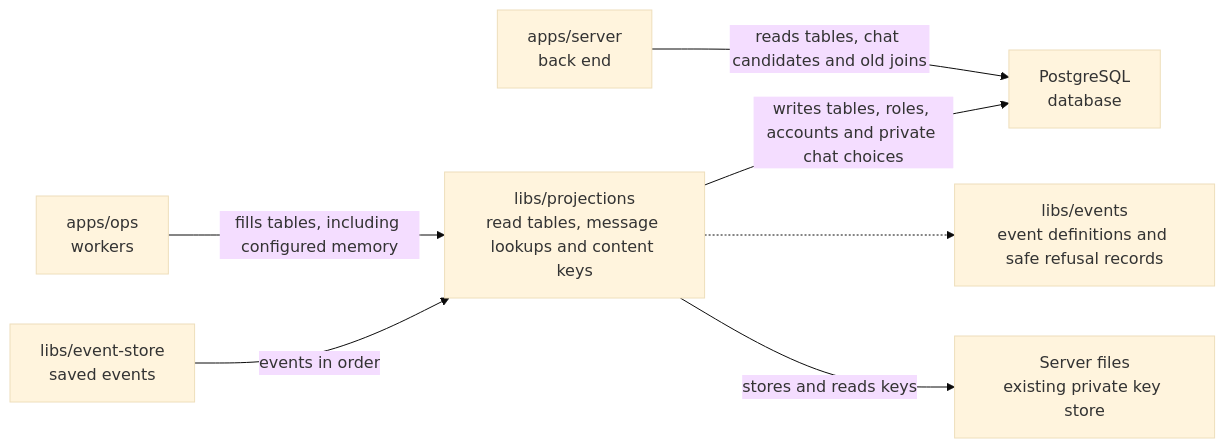
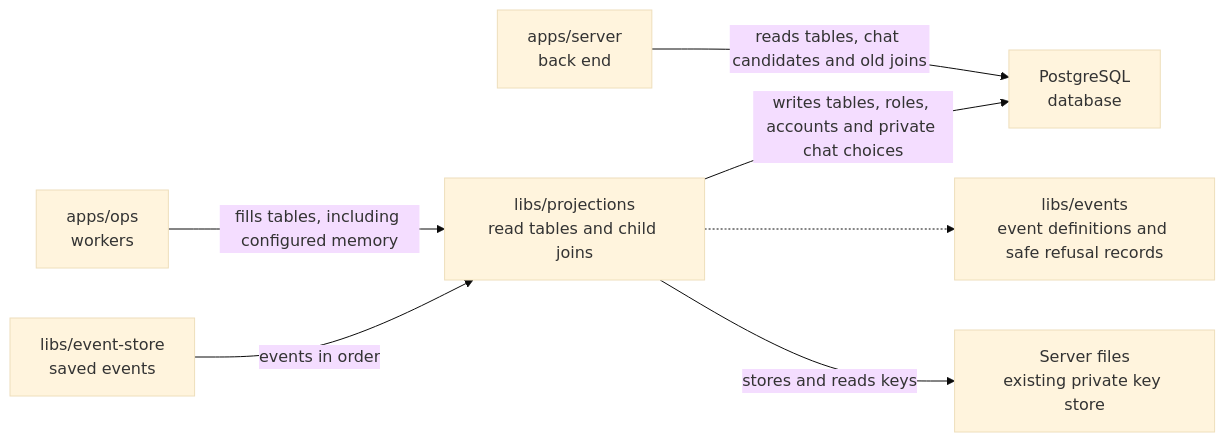
The diagram in libs/projections/README.md (elewa-git/opencrane-new), drawn with Mermaid (base theme) before and after one commit. The commit also changed other lines of this file and 24 other files, not shown here.

````diff
--- a/libs/projections/README.md
+++ b/libs/projections/README.md
@@ -23,9 +23,9 @@
 ```mermaid
 flowchart LR
-  ops["apps/ops<br/>workers"] -->|fills tables, including configured memory| projections["libs/projections<br/>read tables, message lookups and content keys"]
+  ops["apps/ops<br/>workers"] -->|fills tables, including configured memory| projections["libs/projections<br/>read tables and child joins"]
   server["apps/server<br/>back end"] -->|reads tables, chat candidates and old joins| pg["PostgreSQL<br/>database"]
   projections -->|writes tables, roles, accounts and private chat choices| pg
   store["libs/event-store<br/>saved events"] -->|events in order| projections
   projections -.-> events["libs/events<br/>event definitions and safe refusal records"]
   projections -->|stores and reads keys| keys["Server files<br/>existing private key store"]
 ```
````
